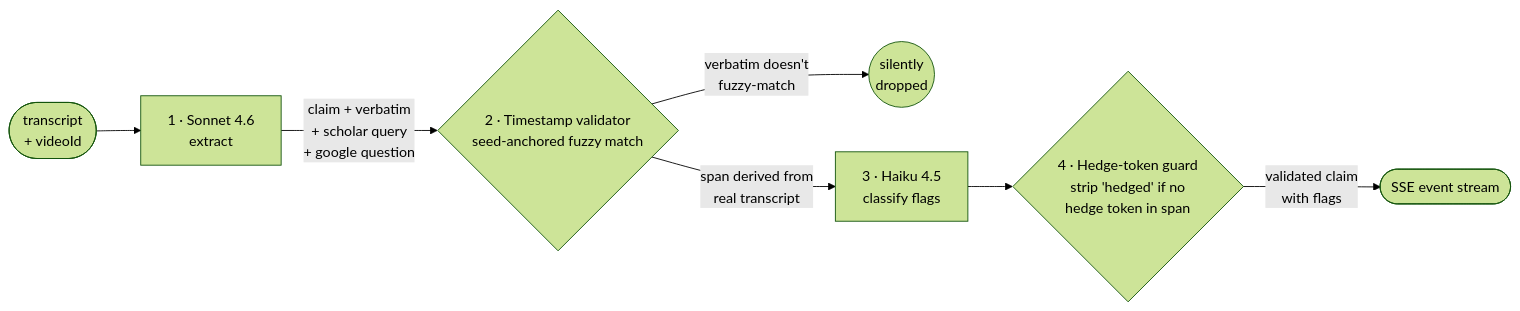
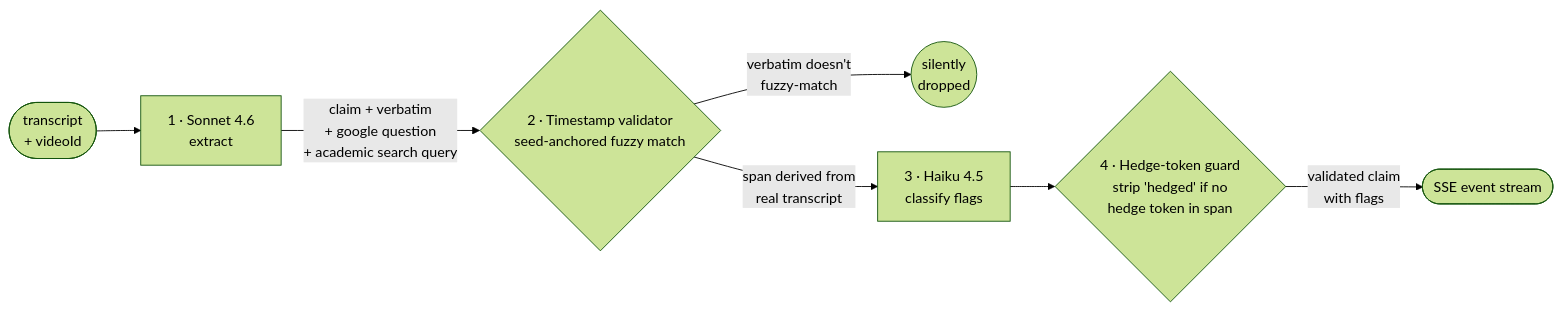
Before and after one commit to JemsRyu/claim-ledger: the second of 3 diagrams in README.md, drawn with Mermaid (forest theme). The commit also changed other lines of this file and 3 other files, not shown here.

````diff
--- a/README.md
+++ b/README.md
@@ -53,9 +53,9 @@
 ```mermaid
 flowchart LR
     In([transcript<br/>+ videoId]) --> Ex["1 · Sonnet 4.6<br/>extract"]
-    Ex -->|claim + verbatim<br/>+ scholar query<br/>+ google question| V{"2 · Timestamp validator<br/>seed-anchored fuzzy match"}
+    Ex -->|claim + verbatim<br/>+ google question<br/>+ academic search query| V{"2 · Timestamp validator<br/>seed-anchored fuzzy match"}
     V -->|verbatim doesn't<br/>fuzzy-match| Drop((silently<br/>dropped))
     V -->|span derived from<br/>real transcript| Cl["3 · Haiku 4.5<br/>classify flags"]
     Cl --> G{"4 · Hedge-token guard<br/>strip 'hedged' if no<br/>hedge token in span"}
     G -->|validated claim<br/>with flags| Stream([SSE event stream])
 ```
````
